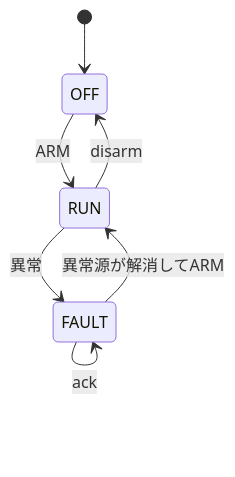
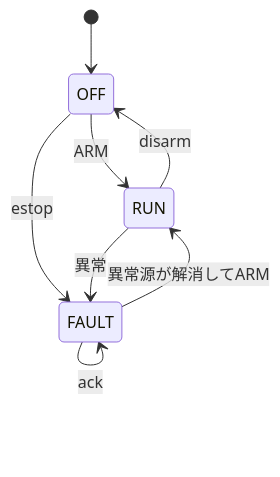
One commit to kurochan001/lsi-verification-method changed the second of 2 diagrams in examples/local-motion-control/README.md. Above: the diagram before and after it, drawn with Mermaid. The commit also changed other lines of this file and 3 other files, not shown here.

Commit message:
Document robotics verification results and improve control diagrams

````diff
--- a/examples/local-motion-control/README.md
+++ b/examples/local-motion-control/README.md
@@ -43,11 +43,12 @@
 ```mermaid
 stateDiagram-v2
   accTitle: ARM、停止ラッチと明示的な再開
   accDescr: OFFから正常なARMで運転する。非常停止、不正エンコーダ、演算期限、進捗タイムアウト、過速度、位置折返しでFAULTへ移る。ackはIRQだけを解除する。異常源が解消した後の明示ARMで再開し、最初は中立指令を使用する。disarmは通常停止する。
   [*] --> OFF
   OFF --> RUN: ARM
+  OFF --> FAULT: estop
   RUN --> OFF: disarm
   RUN --> FAULT: 異常
   FAULT --> FAULT: ack
   FAULT --> RUN: 異常源が解消してARM
 ```
````
